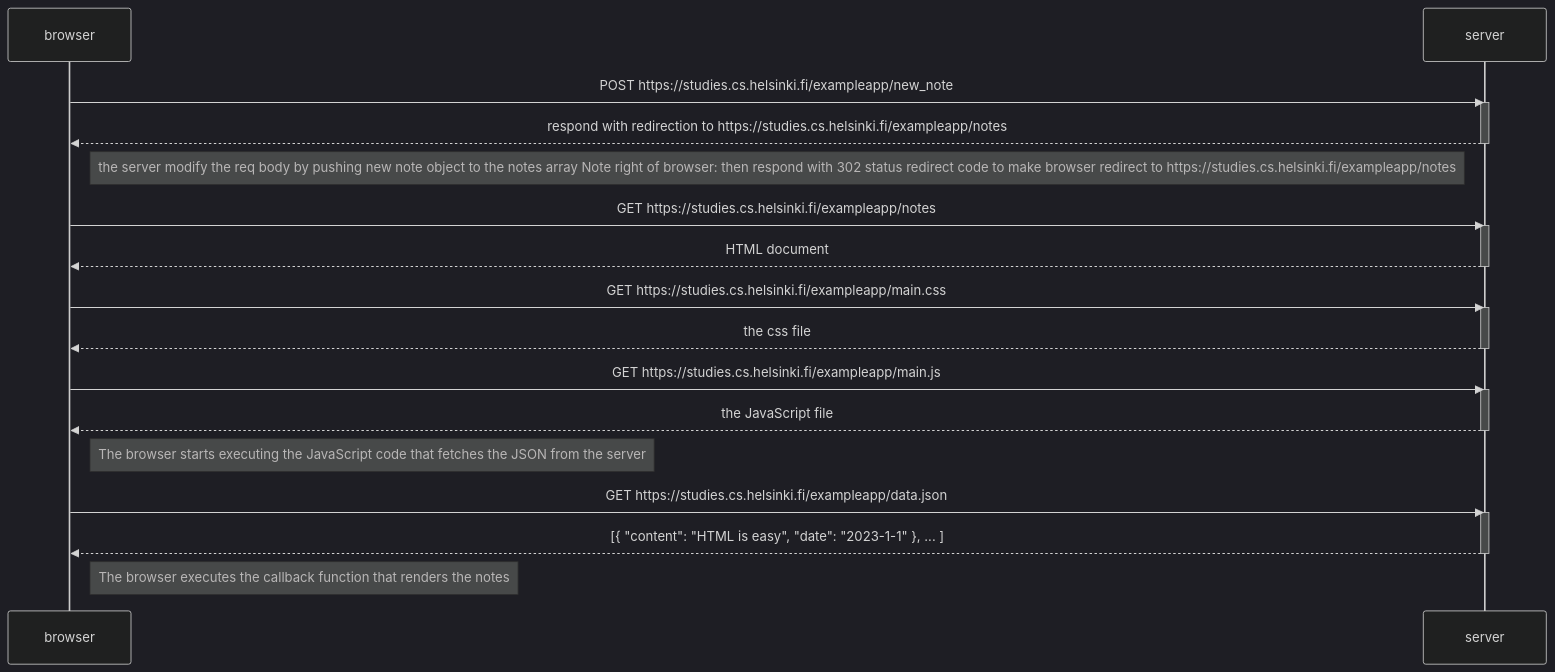
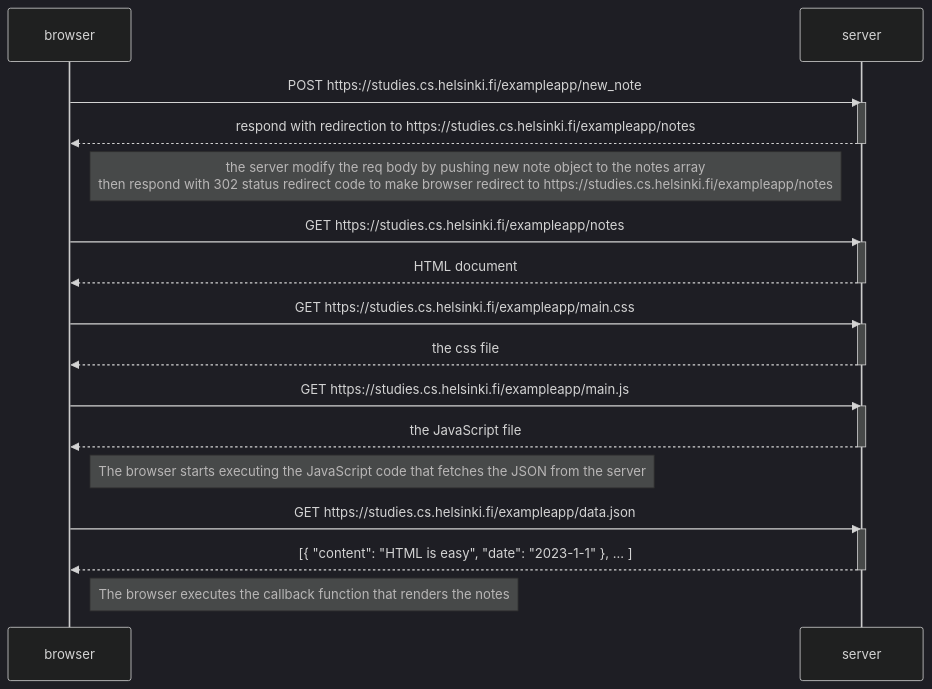
One commit to mohamed20163858/reviewReact changed the first of 3 diagrams in part0/README.md. Above: the diagram before and after it, drawn with Mermaid (dark theme). The commit also changed other lines of this file, not shown here.

Commit message:
Add line breaks

````diff
--- a/part0/README.md
+++ b/part0/README.md
@@ -5,38 +5,38 @@
 ```mermaid
 sequenceDiagram
 participant browser
 participant server
 
     browser->>server: POST https://studies.cs.helsinki.fi/exampleapp/new_note
     activate server
     server-->>browser: respond with redirection to https://studies.cs.helsinki.fi/exampleapp/notes
     deactivate server
 
-    Note right of browser: the server modify the req body by pushing new note object to the notes array Note right of browser: then respond with 302 status redirect code to make browser redirect to https://studies.cs.helsinki.fi/exampleapp/notes
+    Note right of browser: the server modify the req body by pushing new note object to the notes array <br/> then respond with 302 status redirect code to make browser redirect to https://studies.cs.helsinki.fi/exampleapp/notes
 
     browser->>server: GET https://studies.cs.helsinki.fi/exampleapp/notes
     activate server
     server-->>browser: HTML document
     deactivate server
 
 
     browser->>server: GET https://studies.cs.helsinki.fi/exampleapp/main.css
     activate server
     server-->>browser: the css file
     deactivate server
 
     browser->>server: GET https://studies.cs.helsinki.fi/exampleapp/main.js
     activate server
     server-->>browser: the JavaScript file
     deactivate server
 
     Note right of browser: The browser starts executing the JavaScript code that fetches the JSON from the server
 
     browser->>server: GET https://studies.cs.helsinki.fi/exampleapp/data.json
     activate server
     server-->>browser: [{ "content": "HTML is easy", "date": "2023-1-1" }, ... ]
     deactivate server
 
     Note right of browser: The browser executes the callback function that renders the notes
 
 ```
````
